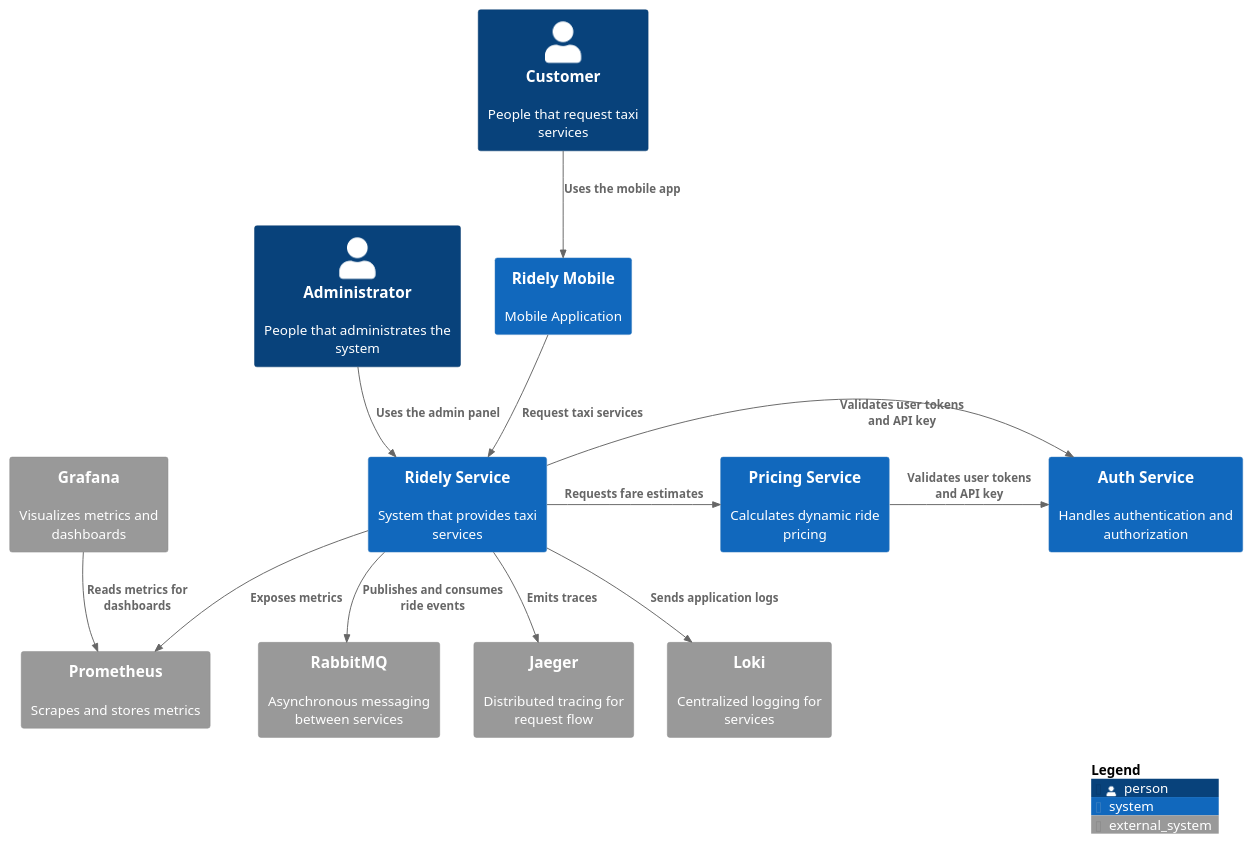
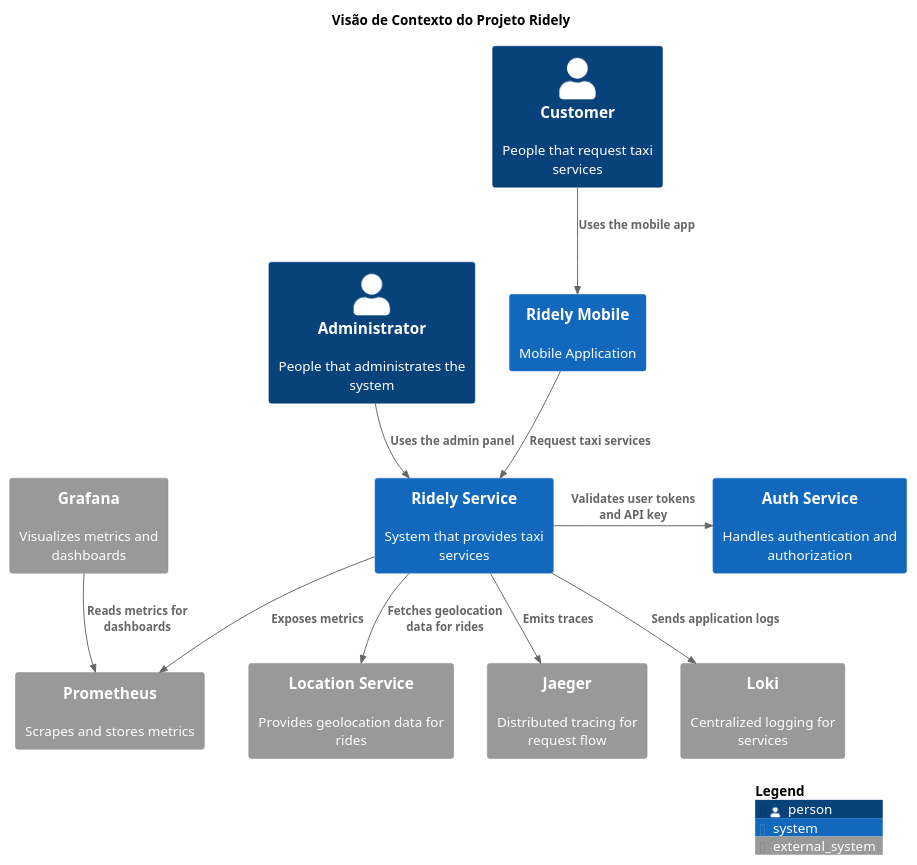
The diagram in docs/architecture/diagrams/c4/ridely-context.puml (jaya/ridely-php-backend-test), drawn with PlantUML before and after one commit. The commit also changed 33 other files, not shown here.

```diff
--- a/docs/architecture/diagrams/c4/ridely-context.puml
+++ b/docs/architecture/diagrams/c4/ridely-context.puml
@@ -1,46 +1,50 @@
 @startuml
 !include https://raw.githubusercontent.com/plantuml-stdlib/C4-PlantUML/master/C4_Context.puml
+title Visão de Contexto do Projeto Ridely
 
 '-----------------------------------------
 ' Personas
 '-----------------------------------------
 Person(user, "Customer", "People that request taxi services")
 Person(admin, "Administrator", "People that administrates the system")
 
 '-----------------------------------------
 ' Sistema Principal
 '-----------------------------------------
 System(ridelyMobile, "Ridely Mobile","Mobile Application")
 System(ridelyService, "Ridely Service", "System that provides taxi services")
 System(authService, "Auth Service","Handles authentication and authorization")
-System(PricingService, "Pricing Service","Calculates dynamic ride pricing")
+'System(pricingService, "Pricing Service","Calculates dynamic ride pricing")
 '-----------------------------------------
 ' Sistemas Externos
 '-----------------------------------------
 'System_Ext(payment, "Payment Gateway", "Handles ride payments (e.g. Stripe, PayPal)")
-System_Ext(rabbitmq, "RabbitMQ", "Asynchronous messaging between services")
+'System_Ext(rabbitmq, "RabbitMQ", "Asynchronous messaging between services")
+System_Ext(locationService, "Location Service", "Provides geolocation data for rides")
 System_Ext(prometheus, "Prometheus", "Scrapes and stores metrics")
 System_Ext(grafana, "Grafana", "Visualizes metrics and dashboards")
 System_Ext(jaeger, "Jaeger", "Distributed tracing for request flow")
 System_Ext(loki, "Loki", "Centralized logging for services")
 
 '-----------------------------------------
 ' Relacionamentos
 '-----------------------------------------
 Rel(user, ridelyMobile, "Uses the mobile app")
 Rel(ridelyMobile, ridelyService, "Request taxi services")
 Rel(admin, ridelyService, "Uses the admin panel")
 
-Rel_R(ridelyService, PricingService, "Requests fare estimates")
+'Rel_R(ridelyService, pricingService, "Requests fare estimates")
+
 Rel_R(ridelyService, authService, "Validates user tokens and API key")
-Rel_R(PricingService, authService, "Validates user tokens and API key")
+'Rel_R(pricingService, authService, "Validates user tokens and API key")
 
-Rel(ridelyService, rabbitmq, "Publishes and consumes ride events")
+'Rel(ridelyService, rabbitmq, "Publishes and consumes ride events")
+Rel(ridelyService, locationService, "Fetches geolocation data for rides")
 
 Rel(ridelyService, prometheus, "Exposes metrics")
 Rel(grafana, prometheus, "Reads metrics for dashboards")
 Rel(ridelyService, jaeger, "Emits traces")
 Rel(ridelyService, loki, "Sends application logs")
 
 SHOW_LEGEND()
 @enduml
```
